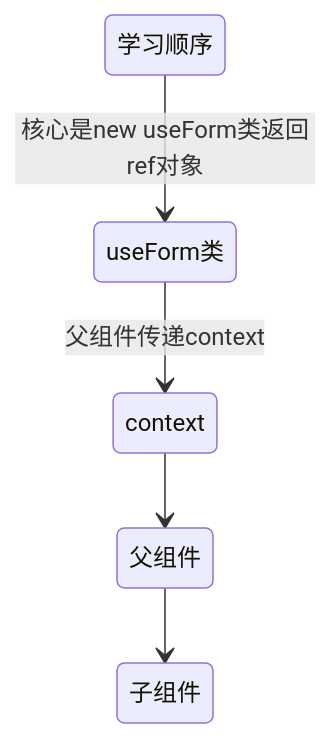
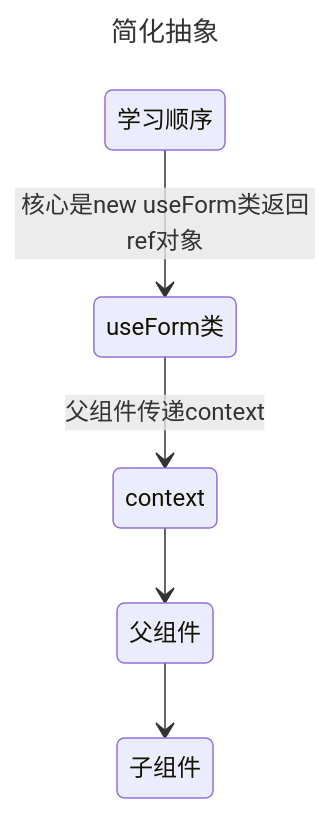
The third of 5 diagrams in 10_COMPONENTS/Form.md (liquidGo/Basic_Konwledge_Extension), drawn with Mermaid before and after one commit. The commit also changed other lines of this file, not shown here.

````diff
--- a/10_COMPONENTS/Form.md
+++ b/10_COMPONENTS/Form.md
@@ -38,7 +41,10 @@
 ```mermaid
+---
+title: 简化抽象
+---
 stateDiagram-v2
 学习顺序-->useForm类: 核心是new useForm类返回ref对象
 useForm类-->context: 父组件传递context 
 context-->父组件
 父组件-->子组件
 ```
````
